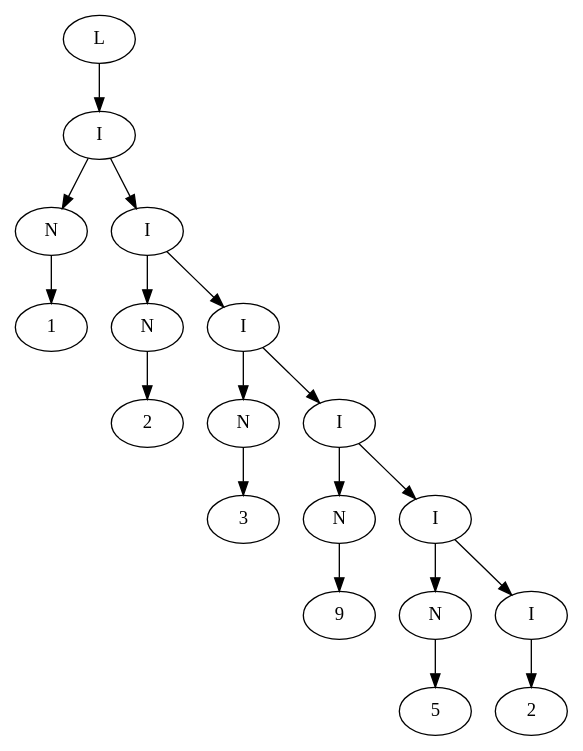
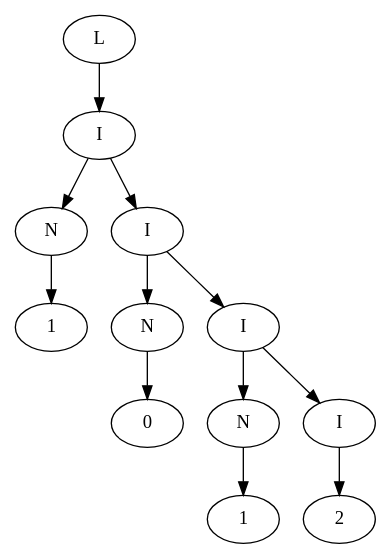
Before and after one commit to rcastroumg/AutomatasYLenguajesA: the diagram in TerminaConDos/archivo.dot, drawn with Graphviz. The commit also changed 21 other files, not shown here.

```diff
--- a/TerminaConDos/archivo.dot
+++ b/TerminaConDos/archivo.dot
@@ -1,38 +1,26 @@
 digraph G{
 nodo0 [label=1];
 nodo1 [label=N];
 nodo1 -> nodo0;
-nodo2 [label=2];
+nodo2 [label=0];
 nodo3 [label=N];
 nodo3 -> nodo2;
-nodo4 [label=3];
+nodo4 [label=1];
 nodo5 [label=N];
 nodo5 -> nodo4;
-nodo6 [label=9];
-nodo7 [label=N];
+nodo6 [label=2];
+nodo7 [label=I];
 nodo7 -> nodo6;
-nodo8 [label=5];
-nodo9 [label=N];
+nodo8 [label=I];
+nodo8 -> nodo5;
+nodo8 -> nodo7;
+nodo9 [label=I];
+nodo9 -> nodo3;
 nodo9 -> nodo8;
-nodo10 [label=2];
-nodo11 [label=I];
+nodo10 [label=I];
+nodo10 -> nodo1;
+nodo10 -> nodo9;
+nodo11 [label=L];
 nodo11 -> nodo10;
-nodo12 [label=I];
-nodo12 -> nodo9;
-nodo12 -> nodo11;
-nodo13 [label=I];
-nodo13 -> nodo7;
-nodo13 -> nodo12;
-nodo14 [label=I];
-nodo14 -> nodo5;
-nodo14 -> nodo13;
-nodo15 [label=I];
-nodo15 -> nodo3;
-nodo15 -> nodo14;
-nodo16 [label=I];
-nodo16 -> nodo1;
-nodo16 -> nodo15;
-nodo17 [label=L];
-nodo17 -> nodo16;
 
 }
```
